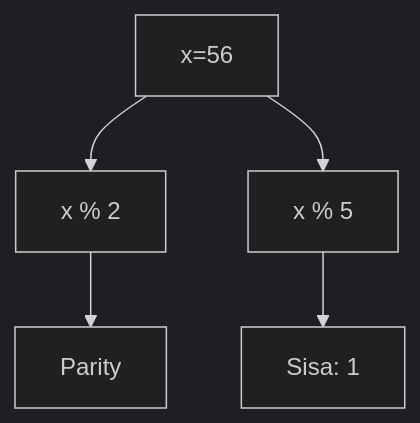
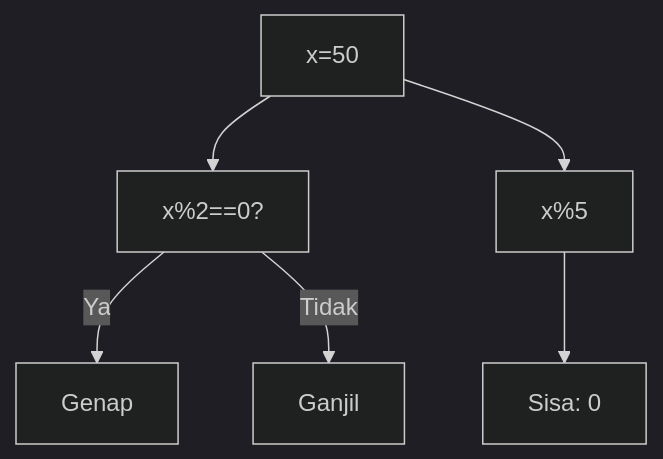
One commit to amnahwaida/OSNK_INF_PREP changed the seventh of 25 diagrams in part-c-pemahaman-cpp/04-fungsi/latihan/set-05.md. Above: the diagram before and after it, drawn with Mermaid (dark theme). The commit also changed other lines of this file and 71 other files, not shown here.

Commit message:
Fixed Mermaid syntax lexical errors with quoted labels in 1,800 questions

````diff
--- a/part-c-pemahaman-cpp/04-fungsi/latihan/set-05.md
+++ b/part-c-pemahaman-cpp/04-fungsi/latihan/set-05.md
@@ -383,7 +203,8 @@
 ```mermaid
 graph TD
-A[x=56] --> B[x % 2]
-B --> C[Parity]
-A --> D[x % 5]
-D --> E[Sisa: 1]
+A["x=50"] --> B["x%2==0?"]
+B -- Ya --> C["Genap"]
+B -- Tidak --> D["Ganjil"]
+A --> E["x%5"]
+E --> F["Sisa: 0"]
 ```
````
